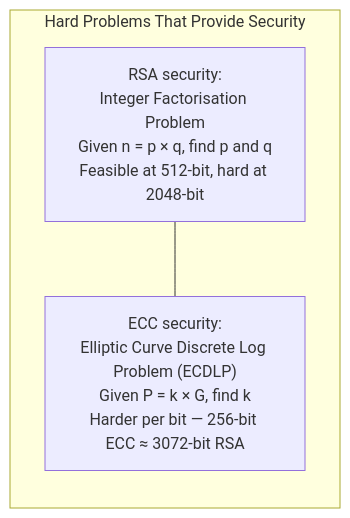
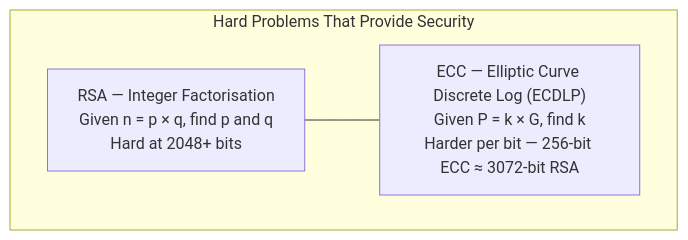
One commit to csoares/SecurityJava changed the fourth of 4 diagrams in src/main/java/security/ecc/README.md. Above: the diagram before and after it, drawn with Mermaid. The commit also changed other lines of this file and 23 other files, not shown here.

Commit message:
Refine README diagrams and descriptions for clarity and accuracy

````diff
--- a/src/main/java/security/ecc/README.md
+++ b/src/main/java/security/ecc/README.md
@@ -79,8 +79,8 @@
 ```mermaid
-flowchart LR
+flowchart TD
     subgraph Hardness ["Hard Problems That Provide Security"]
-        RSA_H["RSA security:\nInteger Factorisation Problem\nGiven n = p × q, find p and q\nFeasible at 512-bit, hard at 2048-bit"]
-        ECC_H["ECC security:\nElliptic Curve Discrete Log Problem (ECDLP)\nGiven P = k × G, find k\nHarder per bit — 256-bit ECC ≈ 3072-bit RSA"]
+        RSA_H["RSA — Integer Factorisation<br/>Given n = p × q, find p and q<br/>Hard at 2048+ bits"]
+        ECC_H["ECC — Elliptic Curve Discrete Log (ECDLP)<br/>Given P = k × G, find k<br/>Harder per bit — 256-bit ECC ≈ 3072-bit RSA"]
         RSA_H --- ECC_H
     end
 ```
````
